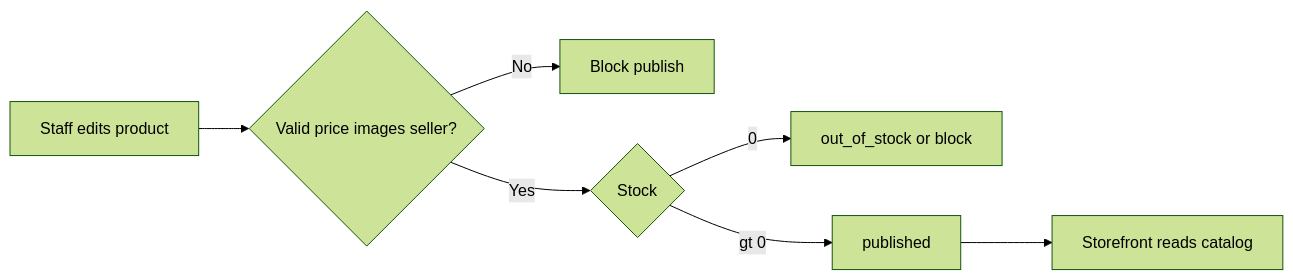
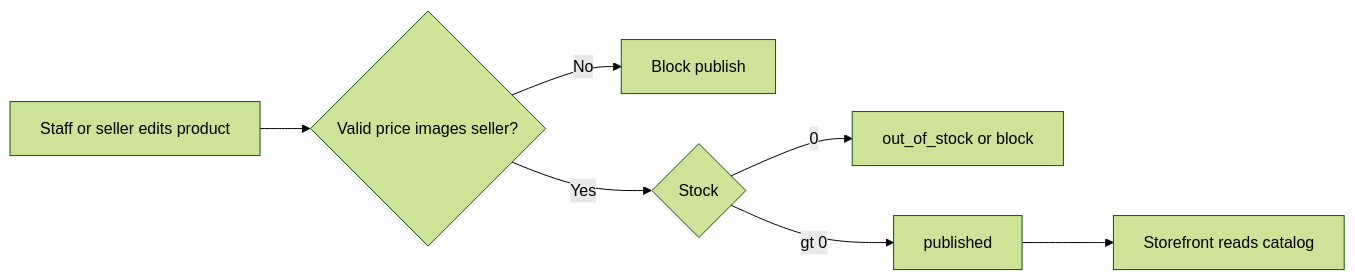
One commit to nafasebra/order-manager-docs changed the sixth of 16 diagrams in data-flow.md. Above: the diagram before and after it, drawn with Mermaid (forest theme). The commit also changed other lines of this file and 6 other files, not shown here.

````diff
--- a/data-flow.md
+++ b/data-flow.md
@@ -142,9 +151,9 @@
 ```mermaid
 flowchart LR
-  D[Staff edits product] --> V{Valid price images seller?}
+  D[Staff or seller edits product] --> V{Valid price images seller?}
   V -->|No| X[Block publish]
   V -->|Yes| S{Stock}
   S -->|0| O[out_of_stock or block]
   S -->|gt 0| P[published]
   P --> SF[Storefront reads catalog]
 ```
````
